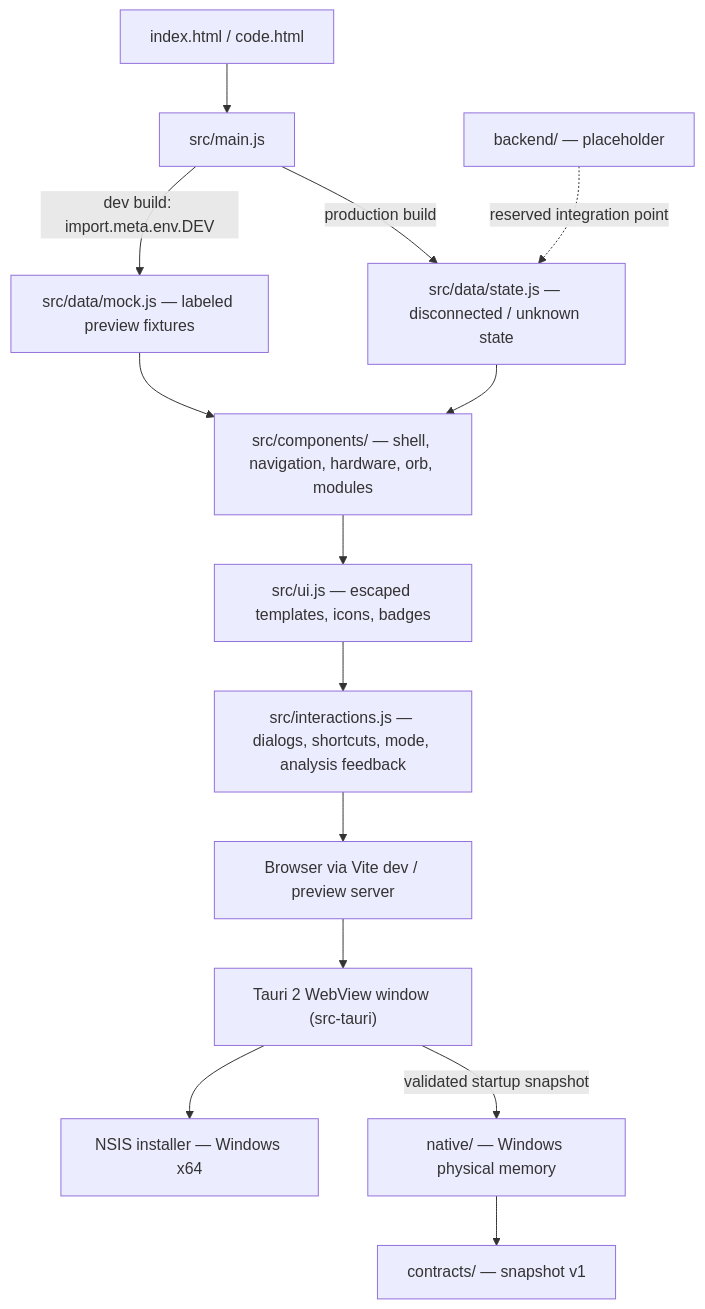
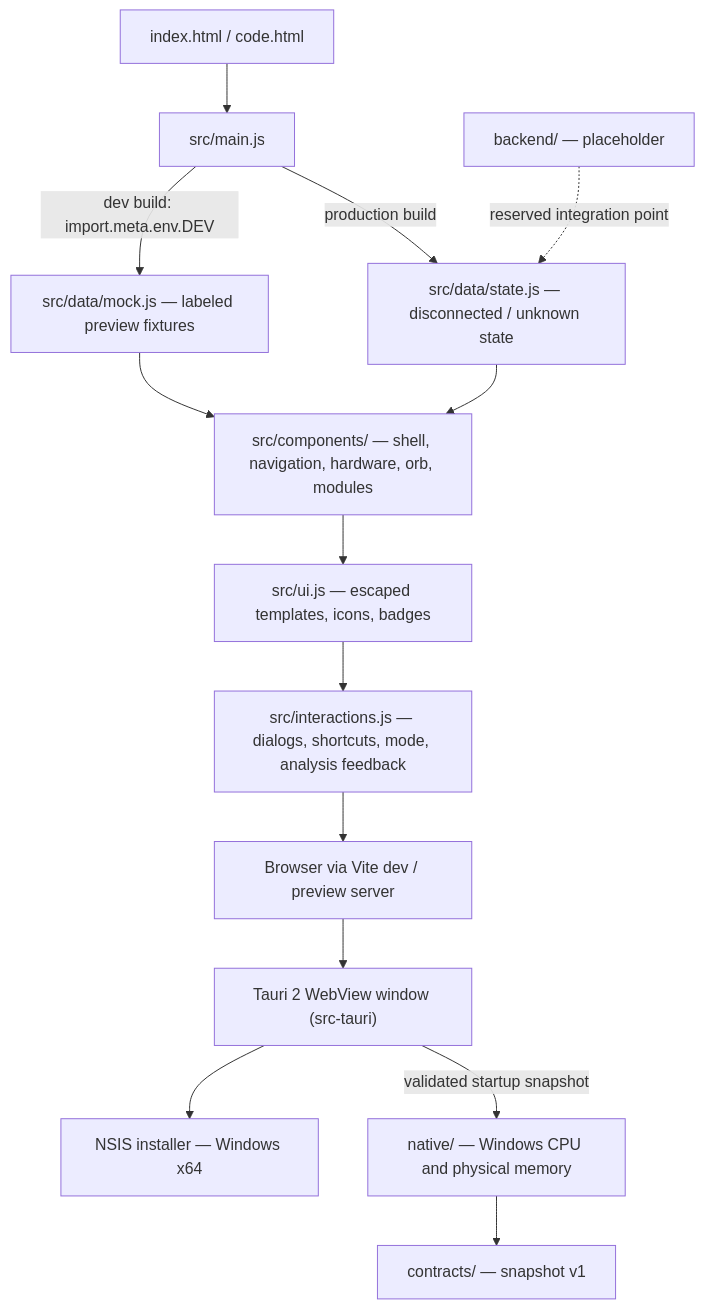
Before and after one commit to brielmarca/projeto-knr: the diagram in README.md, drawn with Mermaid. The commit also changed other lines of this file and 19 other files, not shown here.

Commit message:
feat: collect and display native CPU telemetry

````diff
--- a/README.md
+++ b/README.md
@@ -110,16 +110,16 @@
 ```mermaid
 flowchart TD
     A["index.html / code.html"] --> B["src/main.js"]
     B -->|"dev build: import.meta.env.DEV"| C["src/data/mock.js — labeled preview fixtures"]
     B -->|"production build"| D["src/data/state.js — disconnected / unknown state"]
     C --> E["src/components/ — shell, navigation, hardware, orb, modules"]
     D --> E
     E --> F["src/ui.js — escaped templates, icons, badges"]
     F --> G["src/interactions.js — dialogs, shortcuts, mode, analysis feedback"]
     G --> H["Browser via Vite dev / preview server"]
     H --> I["Tauri 2 WebView window (src-tauri)"]
     I --> J["NSIS installer — Windows x64"]
     K["backend/ — placeholder"] -.->|reserved integration point| D
-    I -->|validated startup snapshot| L["native/ — Windows physical memory"]
+    I -->|validated startup snapshot| L["native/ — Windows CPU and physical memory"]
     L --> M["contracts/ — snapshot v1"]
 ```
````
